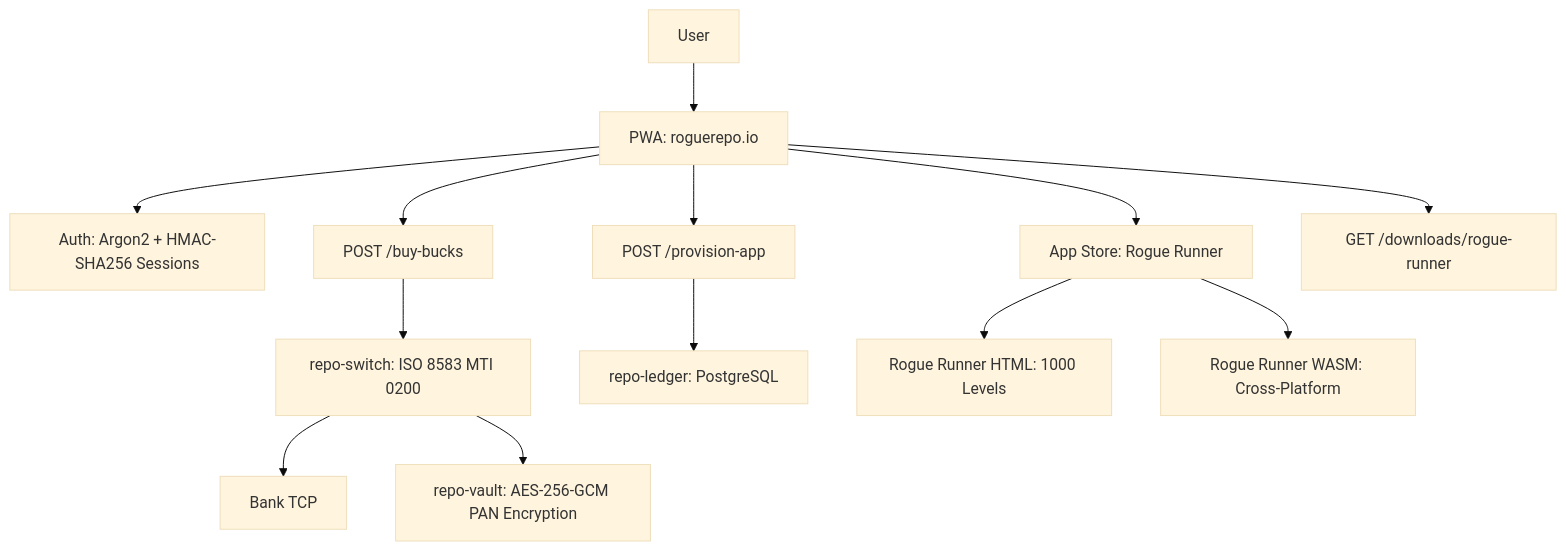
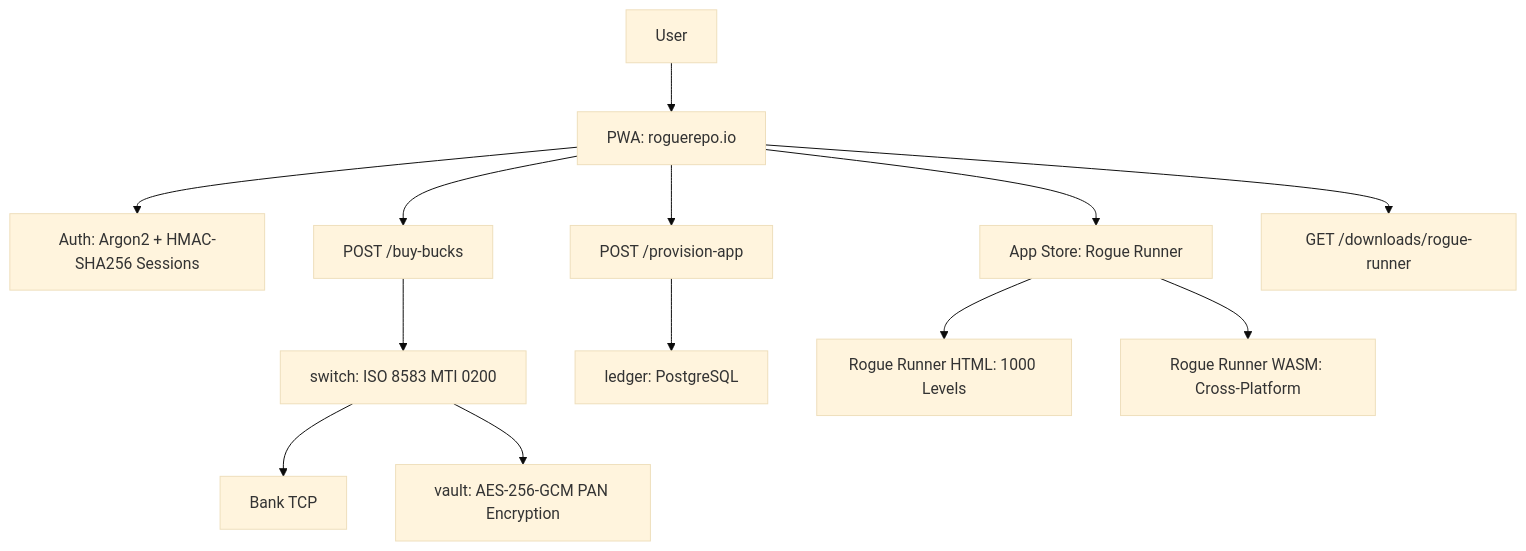
Before and after one commit to cochranblock/rogue-repo: the diagram in PROOF_OF_ARTIFACTS.md, drawn with Mermaid (base theme). The commit also changed other lines of this file and 5 other files, not shown here.

````diff
--- a/PROOF_OF_ARTIFACTS.md
+++ b/PROOF_OF_ARTIFACTS.md
@@ -11,15 +11,15 @@
 ```mermaid
 flowchart TD
     User[User] --> PWA[PWA: roguerepo.io]
     PWA --> Auth[Auth: Argon2 + HMAC-SHA256 Sessions]
     PWA --> Store[App Store: Rogue Runner]
     PWA --> BuyBucks[POST /buy-bucks]
-    BuyBucks --> Switch[repo-switch: ISO 8583 MTI 0200]
+    BuyBucks --> Switch[switch: ISO 8583 MTI 0200]
     Switch --> Bank[Bank TCP]
-    Switch --> Vault[repo-vault: AES-256-GCM PAN Encryption]
+    Switch --> Vault[vault: AES-256-GCM PAN Encryption]
     PWA --> Provision[POST /provision-app]
-    Provision --> Ledger[repo-ledger: PostgreSQL]
+    Provision --> Ledger[ledger: PostgreSQL]
     PWA --> Download[GET /downloads/rogue-runner]
     Store --> HTML[Rogue Runner HTML: 1000 Levels]
     Store --> WASM[Rogue Runner WASM: Cross-Platform]
 ```
````
